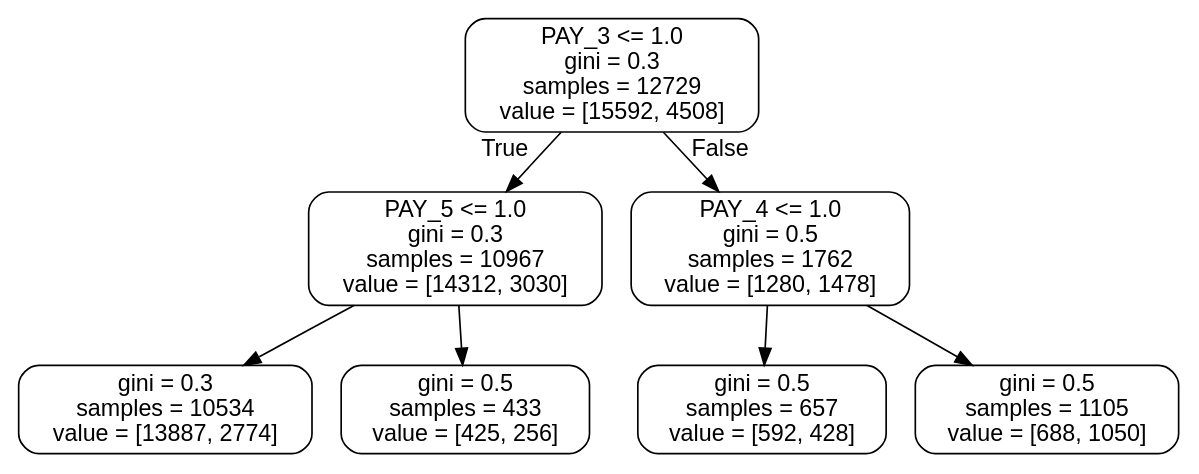
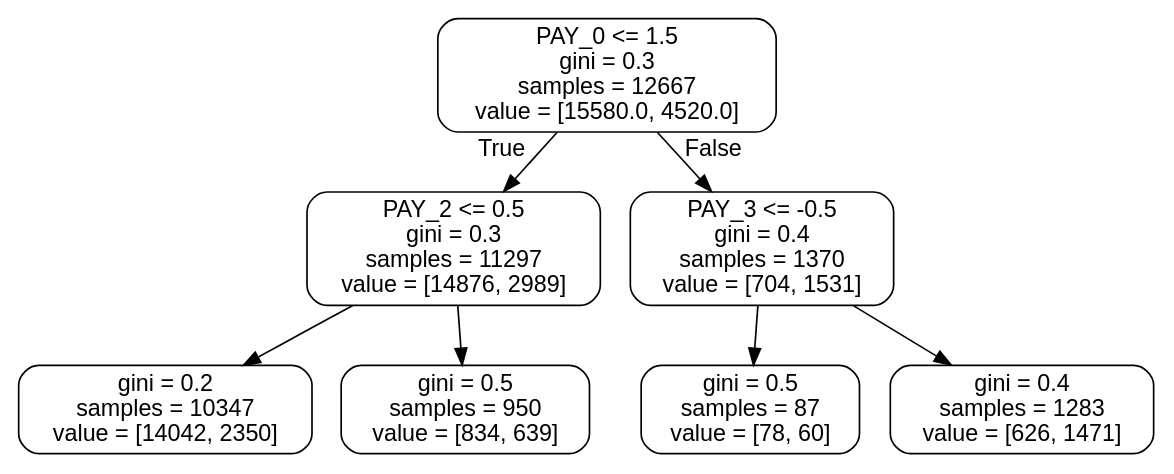
One commit to tvsiddhu/AILearn_PyCode changed the diagram in res/img/tree.dot. Above: the diagram before and after it, drawn with Graphviz. The commit also changed 5 other files, not shown here.

```diff
--- a/res/img/tree.dot
+++ b/res/img/tree.dot
@@ -1,17 +1,17 @@
 digraph Tree {
 node [shape=box, style="rounded", color="black", fontname="helvetica"] ;
 edge [fontname="helvetica"] ;
-0 [label="PAY_3 <= 1.0\ngini = 0.3\nsamples = 12729\nvalue = [15592, 4508]"] ;
-1 [label="PAY_5 <= 1.0\ngini = 0.3\nsamples = 10967\nvalue = [14312, 3030]"] ;
+0 [label="PAY_0 <= 1.5\ngini = 0.3\nsamples = 12667\nvalue = [15580.0, 4520.0]"] ;
+1 [label="PAY_2 <= 0.5\ngini = 0.3\nsamples = 11297\nvalue = [14876, 2989]"] ;
 0 -> 1 [labeldistance=2.5, labelangle=45, headlabel="True"] ;
-2 [label="gini = 0.3\nsamples = 10534\nvalue = [13887, 2774]"] ;
+2 [label="gini = 0.2\nsamples = 10347\nvalue = [14042, 2350]"] ;
 1 -> 2 ;
-3 [label="gini = 0.5\nsamples = 433\nvalue = [425, 256]"] ;
+3 [label="gini = 0.5\nsamples = 950\nvalue = [834, 639]"] ;
 1 -> 3 ;
-4 [label="PAY_4 <= 1.0\ngini = 0.5\nsamples = 1762\nvalue = [1280, 1478]"] ;
+4 [label="PAY_3 <= -0.5\ngini = 0.4\nsamples = 1370\nvalue = [704, 1531]"] ;
 0 -> 4 [labeldistance=2.5, labelangle=-45, headlabel="False"] ;
-5 [label="gini = 0.5\nsamples = 657\nvalue = [592, 428]"] ;
+5 [label="gini = 0.5\nsamples = 87\nvalue = [78, 60]"] ;
 4 -> 5 ;
-6 [label="gini = 0.5\nsamples = 1105\nvalue = [688, 1050]"] ;
+6 [label="gini = 0.4\nsamples = 1283\nvalue = [626, 1471]"] ;
 4 -> 6 ;
 }
```
